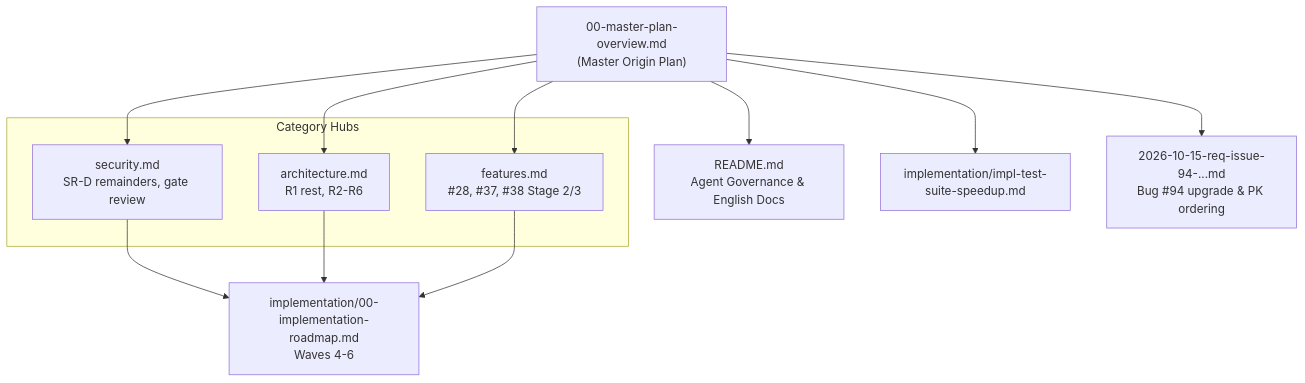
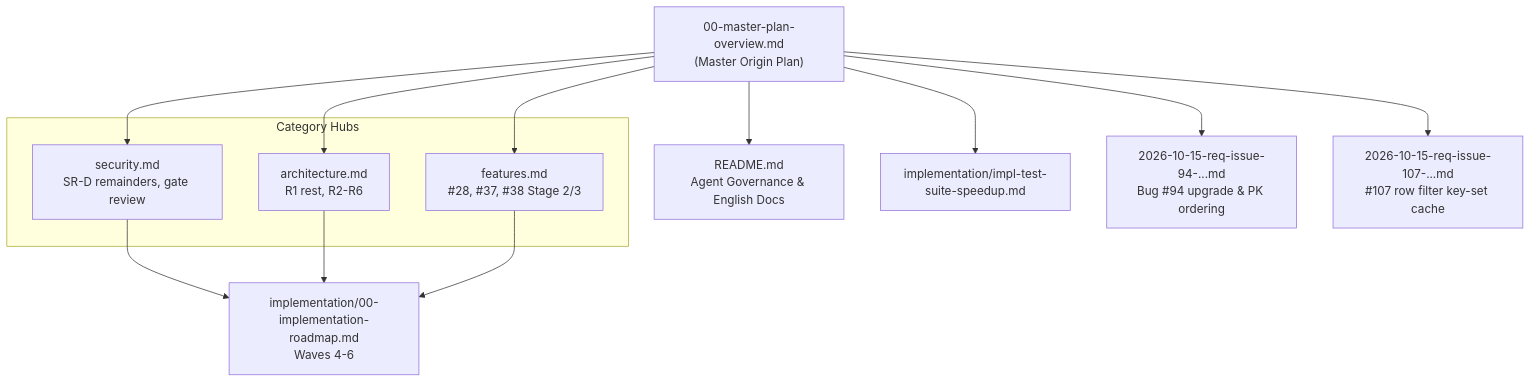
Before and after one commit to themulle/autheris: the diagram in docs/plans/00-master-plan-overview.md, drawn with Mermaid. The commit also changed other lines of this file and 1 other file, not shown here.

Commit message:
docs(plans): PRD for issue #107 row filter key-set cache strategy (REQ-GOV-107)
Phase 1: verify the issue against the code, benchmark against best
practice, reject anti-patterns, record decisions D-1..D-16, functional and
security requirements, acceptance criteria, test strategy and risks.
Register the track in the master plan (PRD ready, next Phase 2).

````diff
--- a/docs/plans/00-master-plan-overview.md
+++ b/docs/plans/00-master-plan-overview.md
@@ -44,25 +45,27 @@
 ```mermaid
 flowchart TD
     MP["00-master-plan-overview.md<br/>(Master Origin Plan)"]
     AG["README.md<br/>Agent Governance & English Docs"]
     IR["implementation/00-implementation-roadmap.md<br/>Waves 4-6"]
 
     subgraph Categories ["Category Hubs"]
         SR["security.md<br/>SR-D remainders, gate review"]
         AR["architecture.md<br/>R1 rest, R2-R6"]
         FT["features.md<br/>#28, #37, #38 Stage 2/3"]
     end
 
     TS["implementation/impl-test-suite-speedup.md"]
     B94["2026-10-15-req-issue-94-...md<br/>Bug #94 upgrade & PK ordering"]
+    R107["2026-10-15-req-issue-107-...md<br/>#107 row filter key-set cache"]
 
     MP --> AG
     MP --> SR
     MP --> AR
     MP --> FT
     MP --> TS
     MP --> B94
+    MP --> R107
     SR --> IR
     AR --> IR
     FT --> IR
 ```
````
